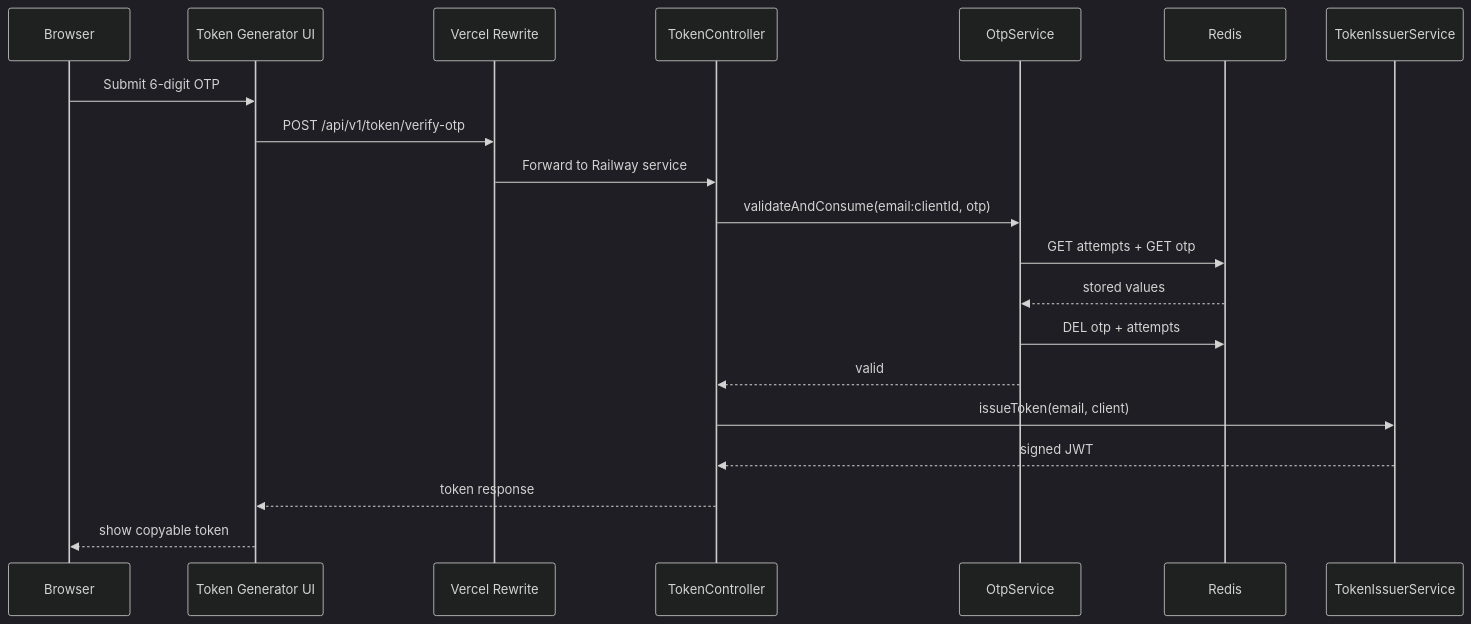
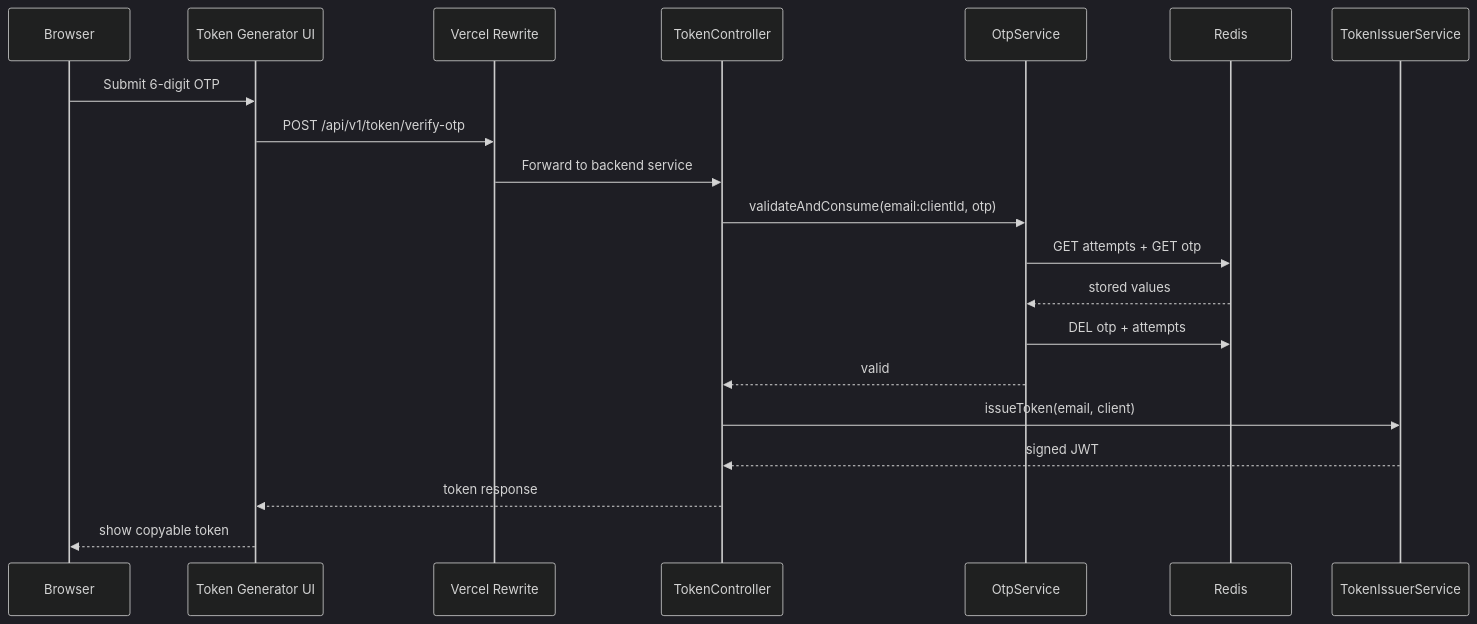
Before and after one commit to chiranjeev-21/Token-generator: the third of 3 diagrams in ARCHITECTURE.md, drawn with Mermaid (dark theme). The commit also changed other lines of this file and 4 other files, not shown here.

````diff
--- a/ARCHITECTURE.md
+++ b/ARCHITECTURE.md
@@ -159,23 +159,23 @@
 ```mermaid
 sequenceDiagram
     participant B as Browser
     participant UI as Token Generator UI
     participant V as Vercel Rewrite
     participant API as TokenController
     participant OTP as OtpService
     participant RD as Redis
     participant JWT as TokenIssuerService
 
     B->>UI: Submit 6-digit OTP
     UI->>V: POST /api/v1/token/verify-otp
-    V->>API: Forward to Railway service
+    V->>API: Forward to backend service
     API->>OTP: validateAndConsume(email:clientId, otp)
     OTP->>RD: GET attempts + GET otp
     RD-->>OTP: stored values
     OTP->>RD: DEL otp + attempts
     OTP-->>API: valid
     API->>JWT: issueToken(email, client)
     JWT-->>API: signed JWT
     API-->>UI: token response
     UI-->>B: show copyable token
 ```
````
